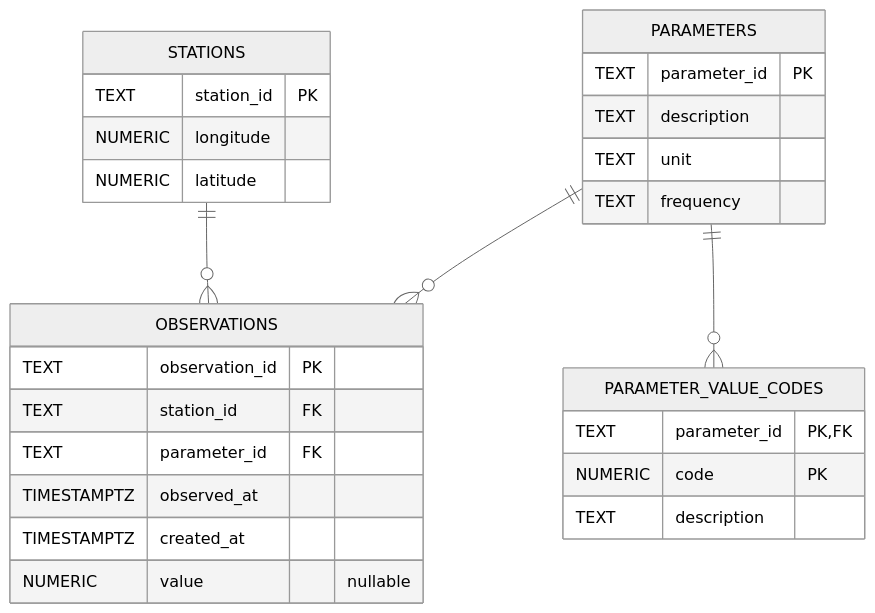
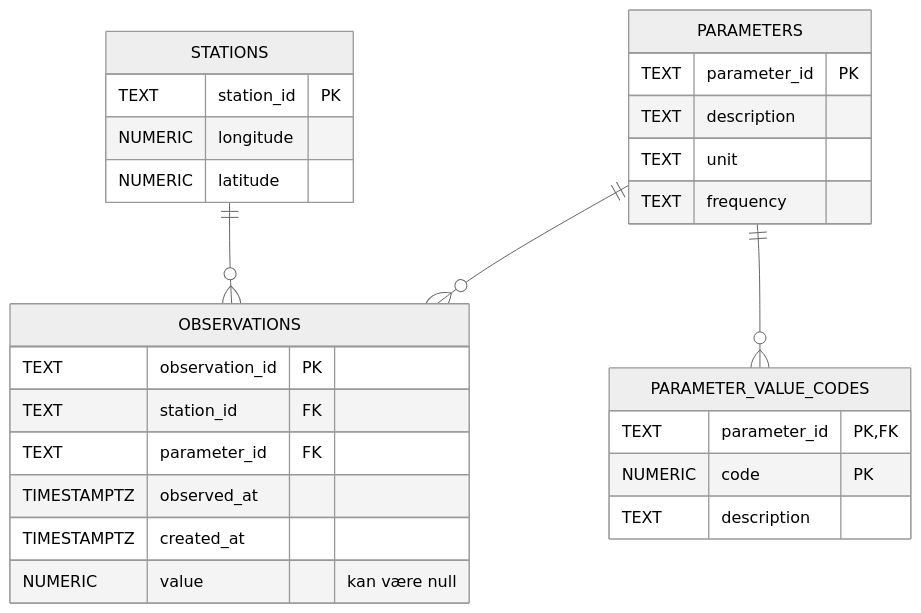
One commit to Pliniussen/dmi-ohs-data-pipeline changed the second of 2 diagrams in presentation.md. Above: the diagram before and after it, drawn with Mermaid (neutral theme). The commit also changed other lines of this file, not shown here.

````diff
--- a/presentation.md
+++ b/presentation.md
@@ -37,31 +38,31 @@
 ```mermaid
 erDiagram
     STATIONS ||--o{ OBSERVATIONS : ""
     PARAMETERS ||--o{ OBSERVATIONS : ""
     PARAMETERS ||--o{ PARAMETER_VALUE_CODES : ""
 
     STATIONS {
         TEXT station_id PK
         NUMERIC longitude
         NUMERIC latitude
     }
     PARAMETERS {
         TEXT parameter_id PK
         TEXT description
         TEXT unit
         TEXT frequency
     }
     PARAMETER_VALUE_CODES {
         TEXT parameter_id PK, FK
         NUMERIC code PK
         TEXT description
     }
     OBSERVATIONS {
         TEXT observation_id PK
         TEXT station_id FK
         TEXT parameter_id FK
         TIMESTAMPTZ observed_at
         TIMESTAMPTZ created_at
-        NUMERIC value "nullable"
+        NUMERIC value "kan være null"
     }
 ```
````
